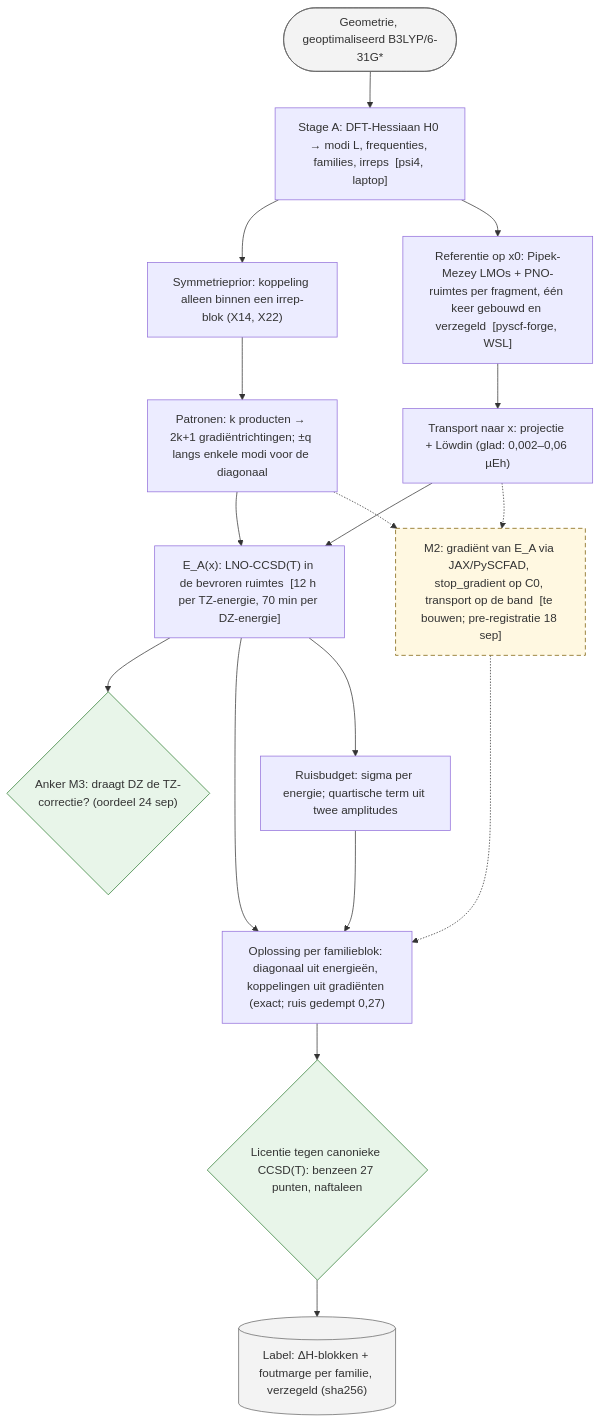
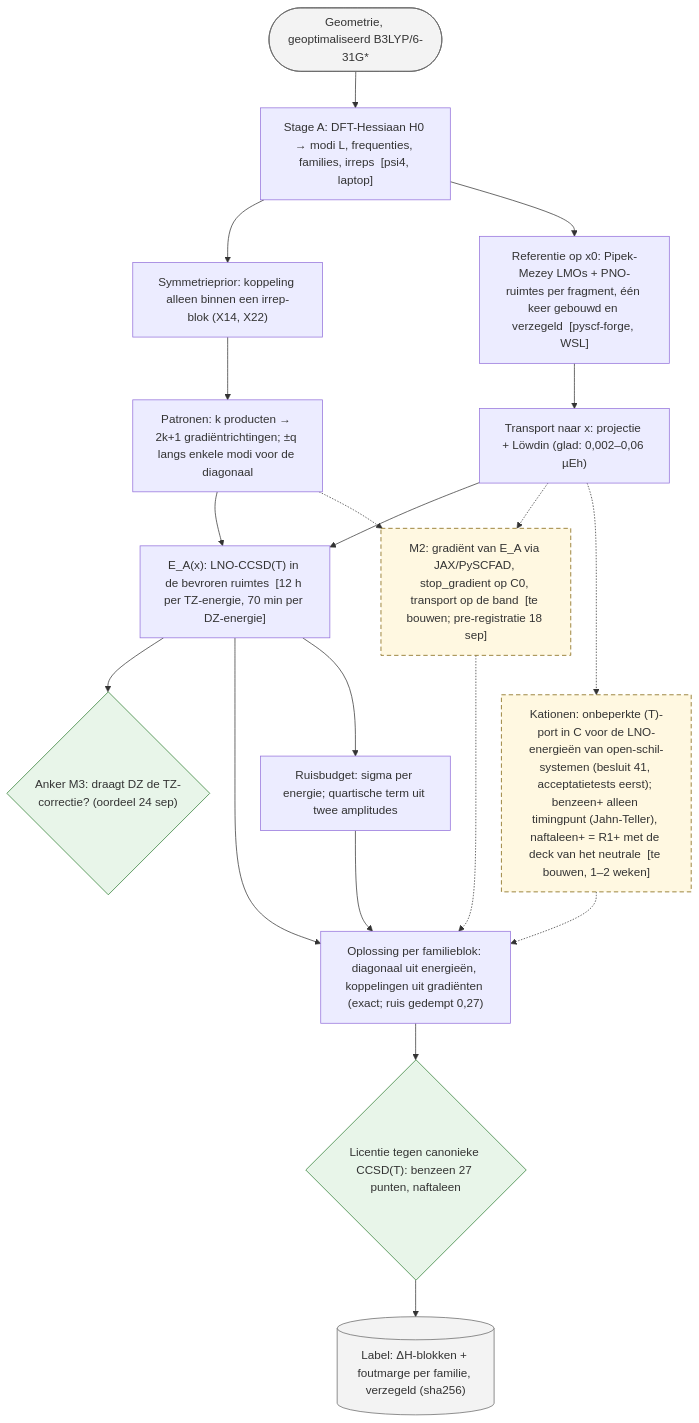
The diagram in plans/05_delta-probed-ir-pipeline/GoalGathering/architecture/10_pipeline_B.mmd (thebreadishard/udacity-capstone-plan), drawn with Mermaid before and after one commit. The commit also changed 4 other files, not shown here.

Commit message:
Plan 05 architecture: cations added, dashed (the (T)-port of decision 41 in pipeline B, charge/multiplicity tokens and per-charge licence in pipeline A, cation scoring columns to be named)

```diff
--- a/plans/05_delta-probed-ir-pipeline/GoalGathering/architecture/10_pipeline_B.mmd
+++ b/plans/05_delta-probed-ir-pipeline/GoalGathering/architecture/10_pipeline_B.mmd
@@ -1,30 +1,32 @@
 %% Pipeline B: hoe één label ontstaat (niveau 3), stand 19 september 2026.
 flowchart TB
   classDef planned stroke-dasharray: 6 4,stroke:#7a5c00,fill:#fff8e1
   classDef data fill:#f3f3f3,stroke:#666
   classDef gate fill:#e8f5e9,stroke:#2e7d32
 
   GEO(["Geometrie, geoptimaliseerd B3LYP/6-31G*"]):::data
   H0["Stage A: DFT-Hessiaan H0 → modi L, frequenties, families, irreps  [psi4, laptop]"]
   SYM["Symmetrieprior: koppeling alleen binnen een irrep-blok (X14, X22)"]
   PAT["Patronen: k producten → 2k+1 gradiëntrichtingen; ±q langs enkele modi voor de diagonaal"]
   REF["Referentie op x0: Pipek-Mezey LMOs + PNO-ruimtes per fragment, één keer gebouwd en verzegeld  [pyscf-forge, WSL]"]
   TRANS["Transport naar x: projectie + Löwdin (glad: 0,002–0,06 µEh)"]
   EA["E_A(x): LNO-CCSD(T) in de bevroren ruimtes  [12 h per TZ-energie, 70 min per DZ-energie]"]
   G["M2: gradiënt van E_A via JAX/PySCFAD, stop_gradient op C0, transport op de band  [te bouwen; pre-registratie 18 sep]"]:::planned
+  CAT["Kationen: onbeperkte (T)-port in C voor de LNO-energieën van open-schil-systemen (besluit 41, acceptatietests eerst); benzeen+ alleen timingpunt (Jahn-Teller), naftaleen+ = R1+ met de deck van het neutrale  [te bouwen, 1–2 weken]"]:::planned
   ANCH{"Anker M3: draagt DZ de TZ-correctie? (oordeel 24 sep)"}:::gate
   SOLVE["Oplossing per familieblok: diagonaal uit energieën, koppelingen uit gradiënten (exact; ruis gedempt 0,27)"]
   NOISE["Ruisbudget: sigma per energie; quartische term uit twee amplitudes"]
   LIC{"Licentie tegen canonieke CCSD(T): benzeen 27 punten, naftaleen"}:::gate
   OUT[("Label: ΔH-blokken + foutmarge per familie, verzegeld (sha256)")]:::data
 
   GEO --> H0 --> SYM --> PAT
   H0 --> REF --> TRANS --> EA
   PAT --> EA
   PAT -.-> G
   TRANS -.-> G
+  TRANS -.-> CAT -.-> SOLVE
   EA --> ANCH
   EA --> SOLVE
   G -.-> SOLVE
   EA --> NOISE --> SOLVE
   SOLVE --> LIC --> OUT
```
